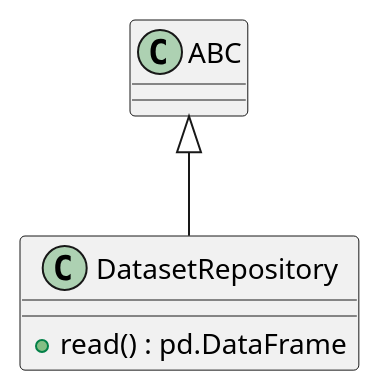
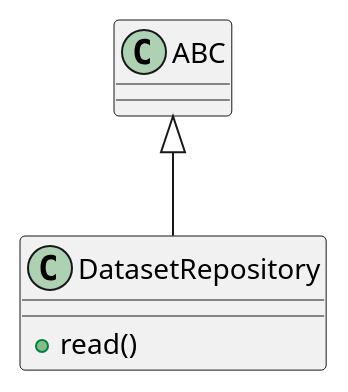
One commit to lgcorzo/llmops-python-package changed the diagram in openwiki/src/autogen_team/data_access/repositories.md. Above: the diagram before and after it, drawn with PlantUML. The commit also changed other lines of this file and 77 other files, not shown here.

````diff
--- a/openwiki/src/autogen_team/data_access/repositories.md
+++ b/openwiki/src/autogen_team/data_access/repositories.md
@@ -49,8 +67,8 @@
 ```plantuml
 @startuml
-    ABC <|-- DatasetRepository
-    class DatasetRepository {
-        +read() : pd.DataFrame
-    }
+class DatasetRepository {
+  + read()
+}
+ABC <|-- DatasetRepository
 @enduml
 ```
````
